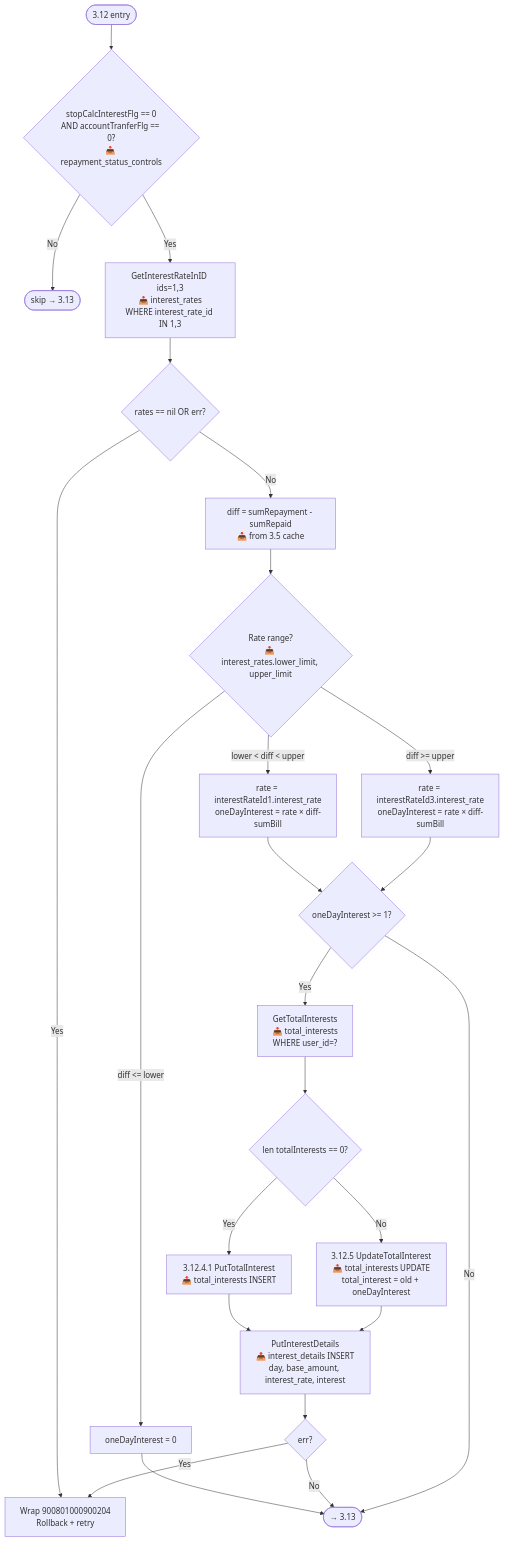
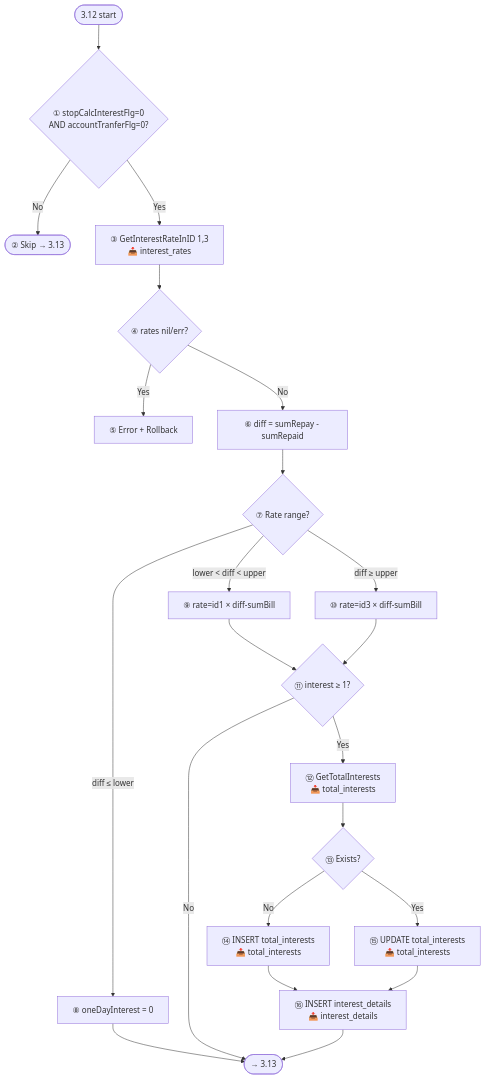
One commit to tungvv318/git-talk changed the fifth of 8 diagrams in README.md. Above: the diagram before and after it, drawn with Mermaid. The commit also changed other lines of this file, not shown here.

````diff
--- a/README.md
+++ b/README.md
@@ -150,28 +176,24 @@
 ```mermaid
 flowchart TD
-    Start([3.12 entry]) --> G1{stopCalcInterestFlg == 0<br/>AND accountTranferFlg == 0?<br/>📥 repayment_status_controls}
-    G1 -- No --> Skip([skip → 3.13])
-    G1 -- Yes --> GetRates[GetInterestRateInID ids=1,3<br/>📥 interest_rates<br/>WHERE interest_rate_id IN 1,3]
-    GetRates --> RatesErr{rates == nil OR err?}
-    RatesErr -- Yes --> Rollback[Wrap 900801000900204<br/>Rollback + retry]
-    RatesErr -- No --> Diff[diff = sumRepayment - sumRepaid<br/>📥 from 3.5 cache]
-    
-    Diff --> Range{Rate range?<br/>📥 interest_rates.lower_limit, upper_limit}
-    Range -- lower < diff < upper --> Calc1[rate = interestRateId1.interest_rate<br/>oneDayInterest = rate × diff-sumBill]
-    Range -- diff <= lower --> Zero[oneDayInterest = 0]
-    Range -- diff >= upper --> Calc3[rate = interestRateId3.interest_rate<br/>oneDayInterest = rate × diff-sumBill]
-    
-    Calc1 --> IntChk{oneDayInterest >= 1?}
-    Calc3 --> IntChk
-    Zero --> End
-    IntChk -- Yes --> GetTotal[GetTotalInterests<br/>📥 total_interests<br/>WHERE user_id=?]
-    GetTotal --> Exists{len totalInterests == 0?}
-    Exists -- Yes --> PutTotal[3.12.4.1 PutTotalInterest<br/>📤 total_interests INSERT]
-    Exists -- No --> UpdTotal[3.12.5 UpdateTotalInterest<br/>📤 total_interests UPDATE<br/>total_interest = old + oneDayInterest]
-    PutTotal --> PutDetail[PutInterestDetails<br/>📤 interest_details INSERT<br/>day, base_amount, interest_rate, interest]
-    UpdTotal --> PutDetail
-    PutDetail --> IntChk2{err?}
-    IntChk2 -- Yes --> Rollback
-    IntChk2 -- No --> End
-    IntChk -- No --> End([→ 3.13])
+    S([3.12 start]) --> G{① stopCalcInterestFlg=0<br/>AND accountTranferFlg=0?}
+    G -- No --> Skip([② Skip → 3.13])
+    G -- Yes --> GR[③ GetInterestRateInID 1,3<br/>📥 interest_rates]
+    GR --> RE{④ rates nil/err?}
+    RE -- Yes --> RB[⑤ Error + Rollback]
+    RE -- No --> D[⑥ diff = sumRepay - sumRepaid]
+    D --> R{⑦ Rate range?}
+    R -- diff ≤ lower --> Z[⑧ oneDayInterest = 0]
+    R -- lower < diff < upper --> T1[⑨ rate=id1 × diff-sumBill]
+    R -- diff ≥ upper --> T3[⑩ rate=id3 × diff-sumBill]
+    T1 --> IC{⑪ interest ≥ 1?}
+    T3 --> IC
+    Z --> End
+    IC -- No --> End
+    IC -- Yes --> GT[⑫ GetTotalInterests<br/>📥 total_interests]
+    GT --> EX{⑬ Exists?}
+    EX -- No --> PT[⑭ INSERT total_interests<br/>📤 total_interests]
+    EX -- Yes --> UT[⑮ UPDATE total_interests<br/>📤 total_interests]
+    PT --> PD[⑯ INSERT interest_details<br/>📤 interest_details]
+    UT --> PD
+    PD --> End([→ 3.13])
 ```
````
